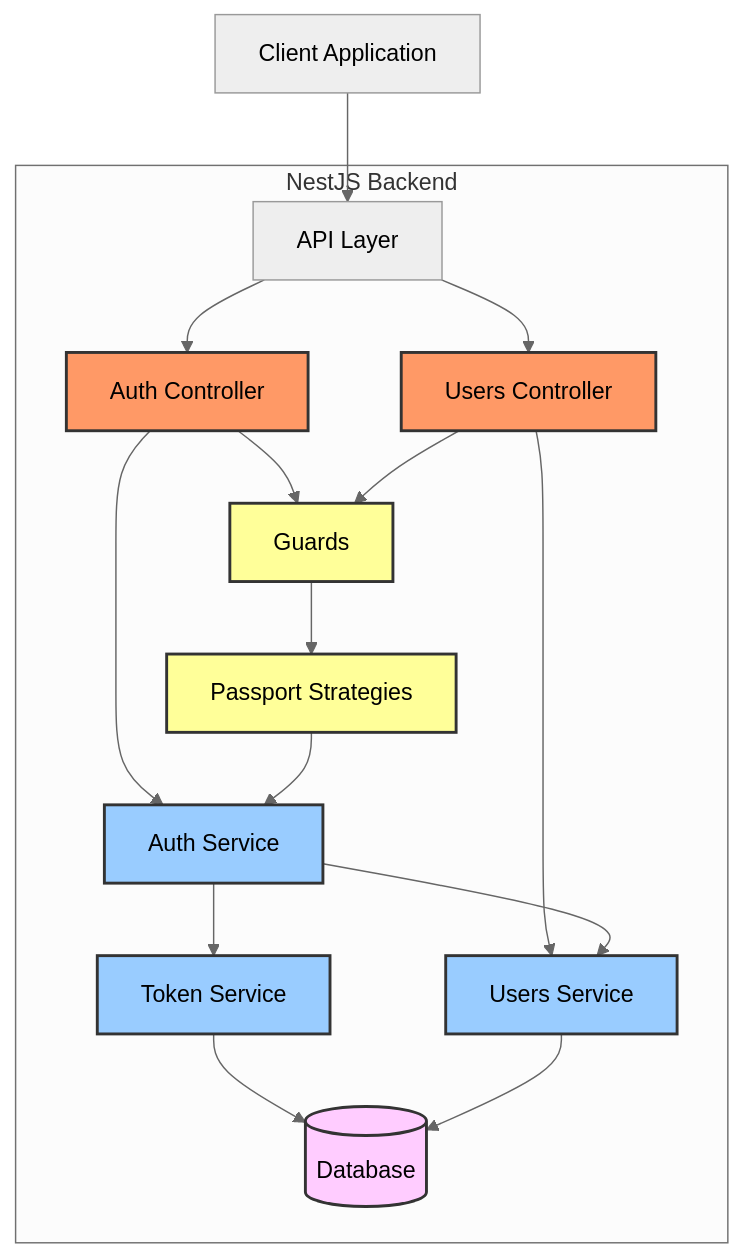
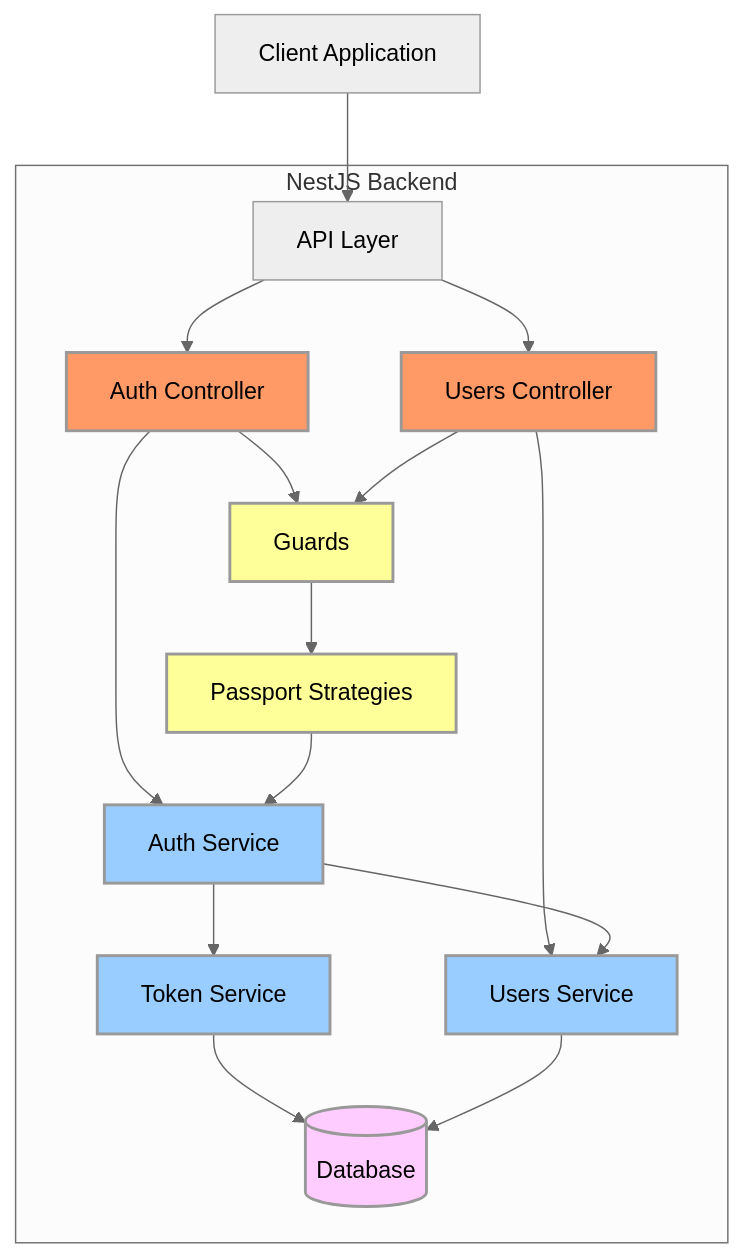
One commit to ezee969/sunnsteel-backend changed the sixth of 6 diagrams in README.md. Above: the diagram before and after it, drawn with Mermaid (neutral theme).

Commit message:
mermaid js fix

````diff
--- a/README.md
+++ b/README.md
@@ -269,35 +269,35 @@
 ```mermaid
 graph TD
     Client[Client Application] --> API[API Layer]
 
     subgraph NestJS Backend
         API --> AuthC[Auth Controller]
         API --> UserC[Users Controller]
 
         AuthC --> AuthS[Auth Service]
         UserC --> UserS[Users Service]
 
         AuthS --> TokenS[Token Service]
         AuthS --> UserS
 
         TokenS --> DB[(Database)]
         UserS --> DB
 
         AuthC --> Guards[Guards]
         UserC --> Guards
 
         Guards --> Strategies[Passport Strategies]
         Strategies --> AuthS
     end
 
-    classDef controllers fill:#f96,stroke:#333,stroke-width:2px
-    classDef services fill:#9cf,stroke:#333,stroke-width:2px
-    classDef database fill:#fcf,stroke:#333,stroke-width:2px
-    classDef middleware fill:#ff9,stroke:#333,stroke-width:2px
+    classDef controllers fill:#f96,stroke:#black,stroke-width:2px
+    classDef services fill:#9cf,stroke:#black,stroke-width:2px
+    classDef database fill:#fcf,stroke:#black,stroke-width:2px
+    classDef middleware fill:#ff9,stroke:#black,stroke-width:2px
 
     class AuthC,UserC controllers
     class AuthS,UserS,TokenS services
     class DB database
     class Guards,Strategies middleware
 
 ```
````
